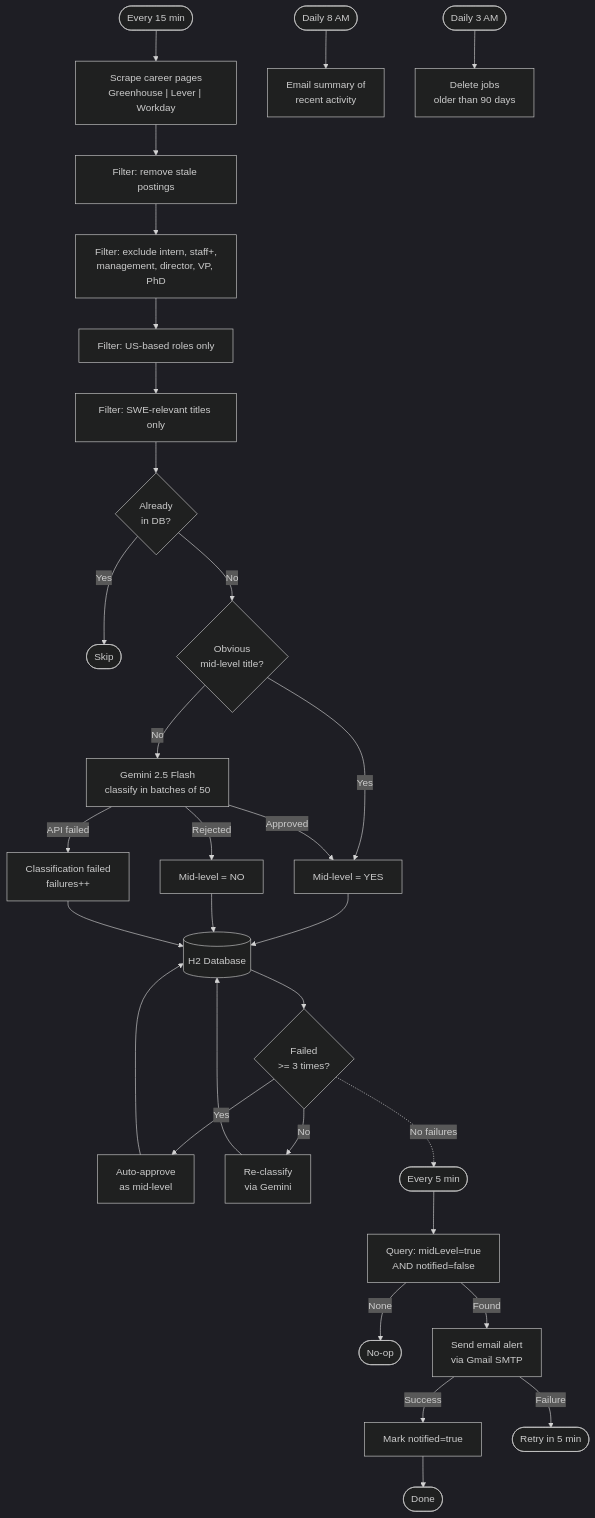
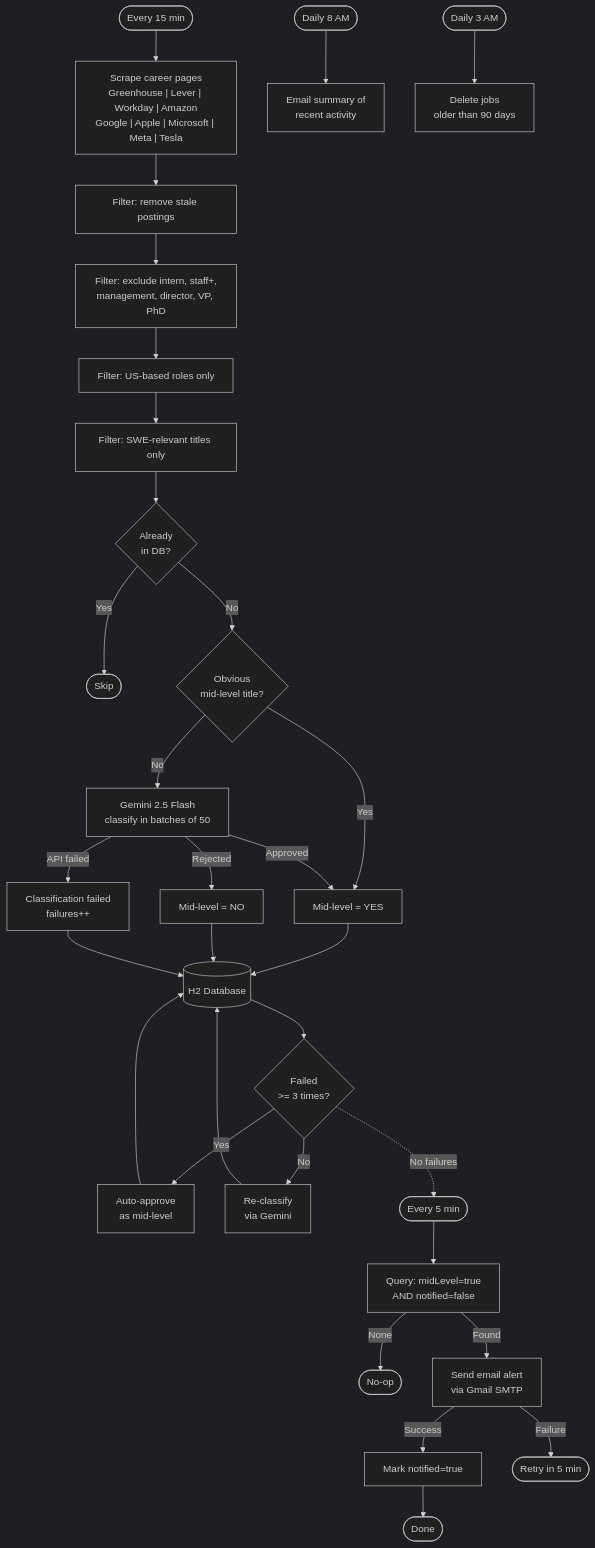
Before and after one commit to jy732/swe-job-notifier: the diagram in README.md, drawn with Mermaid (dark theme). The commit also changed other lines of this file and 8 other files, not shown here.

First line of the commit message:
Add scrapers for Amazon, Google, Apple, Microsoft, Meta, and Tesla

````diff
--- a/README.md
+++ b/README.md
@@ -19,32 +19,32 @@
 ```mermaid
 flowchart TD
-    START(["Every 15 min"]) --> SCRAPE["Scrape career pages\nGreenhouse | Lever | Workday"]
+    START(["Every 15 min"]) --> SCRAPE["Scrape career pages\nGreenhouse | Lever | Workday | Amazon\nGoogle | Apple | Microsoft | Meta | Tesla"]
     SCRAPE --> FRESH["Filter: remove stale postings"]
     FRESH --> EXCLUDE["Filter: exclude intern, staff+,\nmanagement, director, VP, PhD"]
     EXCLUDE --> LOCATION["Filter: US-based roles only"]
     LOCATION --> SWE["Filter: SWE-relevant titles only"]
     SWE --> DEDUP{"Already\nin DB?"}
     DEDUP -- Yes --> SKIP([Skip])
     DEDUP -- No --> AUTO{"Obvious\nmid-level title?"}
     AUTO -- Yes --> APPROVED["Mid-level = YES"]
     AUTO -- No --> GEMINI["Gemini 2.5 Flash\nclassify in batches of 50"]
     GEMINI -- Approved --> APPROVED
     GEMINI -- Rejected --> REJECTED["Mid-level = NO"]
     GEMINI -- API failed --> FAILED["Classification failed\nfailures++"]
     APPROVED --> DB[("H2 Database")]
     REJECTED --> DB
     FAILED --> DB
     DB --> RETRYCHECK{"Failed\n>= 3 times?"}
     RETRYCHECK -- Yes --> FALLBACK["Auto-approve\nas mid-level"] --> DB
     RETRYCHECK -- No --> REGEMINI["Re-classify\nvia Gemini"] --> DB
     RETRYCHECK -. No failures .-> SCANSTART
 
     SCANSTART(["Every 5 min"]) --> QUERY["Query: midLevel=true\nAND notified=false"]
     QUERY -- None --> NOP([No-op])
     QUERY -- Found --> EMAIL["Send email alert\nvia Gmail SMTP"]
     EMAIL -- Success --> MARK["Mark notified=true"] --> DONE([Done])
     EMAIL -- Failure --> RETRY_EMAIL(["Retry in 5 min"])
 
     DAILY1(["Daily 8 AM"]) --> SUMMARY["Email summary of\nrecent activity"]
     DAILY2(["Daily 3 AM"]) --> CLEANUP["Delete jobs\nolder than 90 days"]
 ```
````
